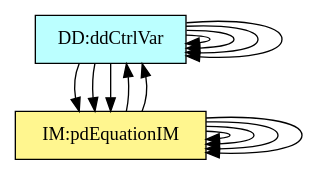
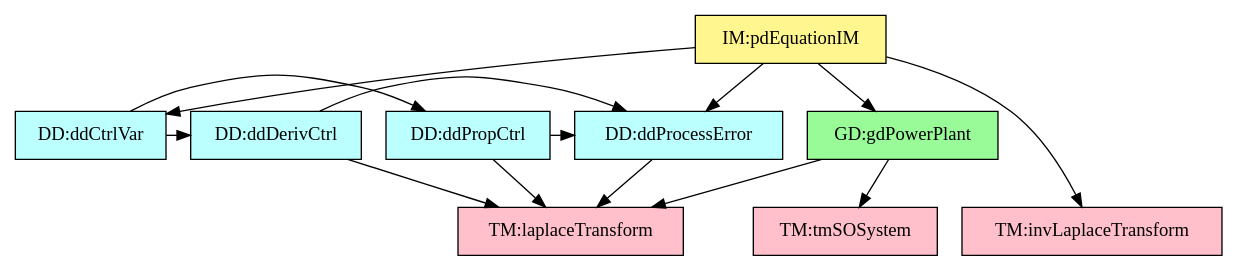
The diagram in code/stable/pdcontroller/TraceyGraph/refvsref.dot (JacquesCarette/Drasil), drawn with Graphviz before and after one commit. The commit also changed 55 other files, not shown here.

First line of the commit message:
Re-write traceability graph generator using `Doc`s.

```diff
--- a/code/stable/pdcontroller/TraceyGraph/refvsref.dot
+++ b/code/stable/pdcontroller/TraceyGraph/refvsref.dot
@@ -1,50 +1,40 @@
-digraph refvsref {
-	dataDefn:dqdProcessErrorFD -> theory:laplaceRC;
-	dataDefn:dqdPropControlFD -> dataDefn:dqdProcessErrorFD;
-	dataDefn:dqdPropControlFD -> theory:laplaceRC;
-	dataDefn:dqdDerivativeControlFD -> dataDefn:dqdProcessErrorFD;
-	dataDefn:dqdDerivativeControlFD -> theory:laplaceRC;
-	dataDefn:dqdCtrlVarFD -> dataDefn:dqdPropControlFD;
-	dataDefn:dqdCtrlVarFD -> dataDefn:dqdDerivativeControlFD;
-	theory:gdPowerPlantRC -> theory:laplaceRC;
-	theory:gdPowerPlantRC -> theory:tmSOSystemRC;
-	theory:imPDRC -> dataDefn:dqdProcessErrorFD;
-	theory:imPDRC -> dataDefn:dqdCtrlVarFD;
-	theory:imPDRC -> theory:invLaplaceRC;
-	theory:imPDRC -> theory:gdPowerPlantRC;
-
-
-	dataDefn:dqdProcessErrorFD	[shape=box, color=black, style=filled, fillcolor=paleturquoise1, label="DD:ddProcessError"];
-	dataDefn:dqdPropControlFD	[shape=box, color=black, style=filled, fillcolor=paleturquoise1, label="DD:ddPropCtrl"];
-	dataDefn:dqdDerivativeControlFD	[shape=box, color=black, style=filled, fillcolor=paleturquoise1, label="DD:ddDerivCtrl"];
-	dataDefn:dqdCtrlVarFD	[shape=box, color=black, style=filled, fillcolor=paleturquoise1, label="DD:ddCtrlVar"];
-
-	subgraph DD {
-	rank="same"
-	{dataDefn:dqdProcessErrorFD, dataDefn:dqdPropControlFD, dataDefn:dqdDerivativeControlFD, dataDefn:dqdCtrlVarFD}
-	}
-
-	theory:laplaceRC	[shape=box, color=black, style=filled, fillcolor=pink, label="TM:laplaceTransform"];
-	theory:invLaplaceRC	[shape=box, color=black, style=filled, fillcolor=pink, label="TM:invLaplaceTransform"];
-	theory:tmSOSystemRC	[shape=box, color=black, style=filled, fillcolor=pink, label="TM:tmSOSystem"];
-
-	subgraph TM {
-	rank="same"
-	{theory:laplaceRC, theory:invLaplaceRC, theory:tmSOSystemRC}
-	}
-
-	theory:gdPowerPlantRC	[shape=box, color=black, style=filled, fillcolor=palegreen, label="GD:gdPowerPlant"];
-
-	subgraph GD {
-	rank="same"
-	{theory:gdPowerPlantRC}
-	}
-
-	theory:imPDRC	[shape=box, color=black, style=filled, fillcolor=khaki1, label="IM:pdEquationIM"];
-
-	subgraph IM {
-	rank="same"
-	{theory:imPDRC}
-	}
-
+digraph "refvsref" {
+    "dataDefn:dqdProcessErrorFD" -> "theory:laplaceRC";
+    "dataDefn:dqdPropControlFD" -> "dataDefn:dqdProcessErrorFD";
+    "dataDefn:dqdPropControlFD" -> "theory:laplaceRC";
+    "dataDefn:dqdDerivativeControlFD" -> "dataDefn:dqdProcessErrorFD";
+    "dataDefn:dqdDerivativeControlFD" -> "theory:laplaceRC";
+    "dataDefn:dqdCtrlVarFD" -> "dataDefn:dqdPropControlFD";
+    "dataDefn:dqdCtrlVarFD" -> "dataDefn:dqdDerivativeControlFD";
+    "theory:gdPowerPlantRC" -> "theory:laplaceRC";
+    "theory:gdPowerPlantRC" -> "theory:tmSOSystemRC";
+    "theory:imPDRC" -> "dataDefn:dqdProcessErrorFD";
+    "theory:imPDRC" -> "dataDefn:dqdCtrlVarFD";
+    "theory:imPDRC" -> "theory:invLaplaceRC";
+    "theory:imPDRC" -> "theory:gdPowerPlantRC";
+    "dataDefn:dqdProcessErrorFD" [shape=box, color=black, style=filled, fillcolor="paleturquoise1", label="DD:ddProcessError"];
+    "dataDefn:dqdPropControlFD" [shape=box, color=black, style=filled, fillcolor="paleturquoise1", label="DD:ddPropCtrl"];
+    "dataDefn:dqdDerivativeControlFD" [shape=box, color=black, style=filled, fillcolor="paleturquoise1", label="DD:ddDerivCtrl"];
+    "dataDefn:dqdCtrlVarFD" [shape=box, color=black, style=filled, fillcolor="paleturquoise1", label="DD:ddCtrlVar"];
+    subgraph "DD" {
+        rank="same";
+        "dataDefn:dqdProcessErrorFD" "dataDefn:dqdPropControlFD" "dataDefn:dqdDerivativeControlFD" "dataDefn:dqdCtrlVarFD";
+    }
+    "theory:laplaceRC" [shape=box, color=black, style=filled, fillcolor="pink", label="TM:laplaceTransform"];
+    "theory:invLaplaceRC" [shape=box, color=black, style=filled, fillcolor="pink", label="TM:invLaplaceTransform"];
+    "theory:tmSOSystemRC" [shape=box, color=black, style=filled, fillcolor="pink", label="TM:tmSOSystem"];
+    subgraph "TM" {
+        rank="same";
+        "theory:laplaceRC" "theory:invLaplaceRC" "theory:tmSOSystemRC";
+    }
+    "theory:gdPowerPlantRC" [shape=box, color=black, style=filled, fillcolor="palegreen", label="GD:gdPowerPlant"];
+    subgraph "GD" {
+        rank="same";
+        "theory:gdPowerPlantRC";
+    }
+    "theory:imPDRC" [shape=box, color=black, style=filled, fillcolor="khaki1", label="IM:pdEquationIM"];
+    subgraph "IM" {
+        rank="same";
+        "theory:imPDRC";
+    }
 }
```
